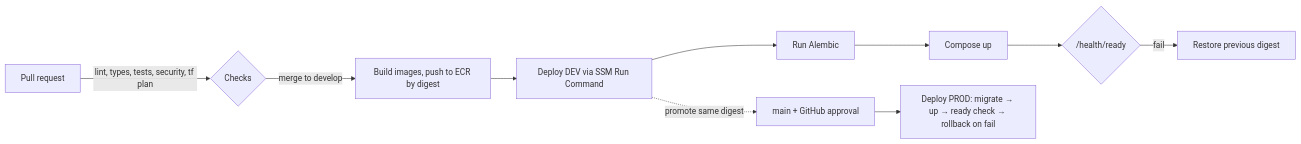
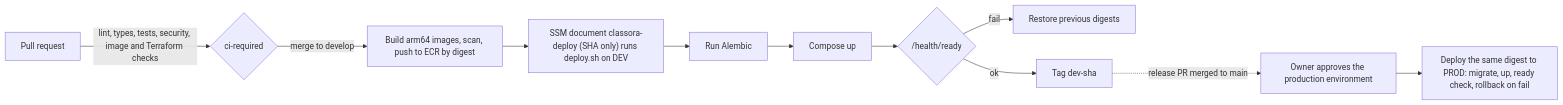
One commit to JaimeSolisS/classora changed the second of 2 diagrams in _docs/architecture.md. Above: the diagram before and after it, drawn with Mermaid. The commit also changed other lines of this file and 18 other files, not shown here.

First line of the commit message:
M9-01: Infrastructure ADRs 0010-0014 and the spec/architecture re-baseline

````diff
--- a/_docs/architecture.md
+++ b/_docs/architecture.md
@@ -236,10 +244,11 @@
 ```mermaid
 flowchart LR
-  PR[Pull request] -->|lint, types, tests, security, tf plan| CHK{Checks}
-  CHK -->|merge to develop| BUILD[Build images, push to ECR by digest]
-  BUILD --> DEVD[Deploy DEV via SSM Run Command]
+  PR[Pull request] -->|"lint, types, tests, security, image and Terraform checks"| CHK{ci-required}
+  CHK -->|merge to develop| BUILD[Build arm64 images, scan, push to ECR by digest]
+  BUILD --> DEVD["SSM document classora-deploy (SHA only) runs deploy.sh on DEV"]
   DEVD --> MIG1[Run Alembic] --> UP1[Compose up] --> RDY1{/health/ready}
-  RDY1 -->|fail| RB1[Restore previous digest]
-  DEVD -.->|promote same digest| MAIN[main + GitHub approval]
-  MAIN --> PRODD[Deploy PROD: migrate → up → ready check → rollback on fail]
+  RDY1 -->|fail| RB1[Restore previous digests]
+  RDY1 -->|ok| TAG1[Tag dev-sha]
+  TAG1 -.->|release PR merged to main| APPR[Owner approves the production environment]
+  APPR --> PRODD["Deploy the same digest to PROD: migrate, up, ready check, rollback on fail"]
 ```
````
